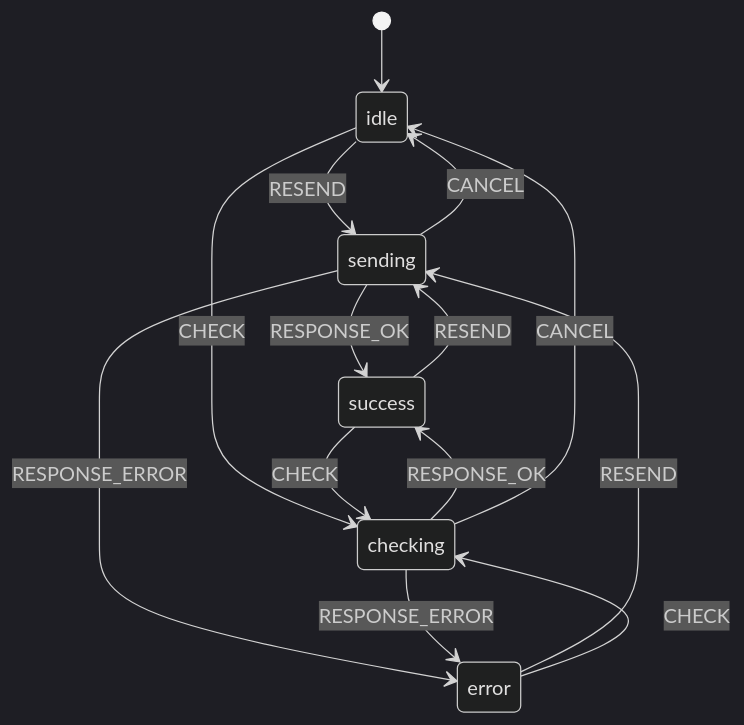
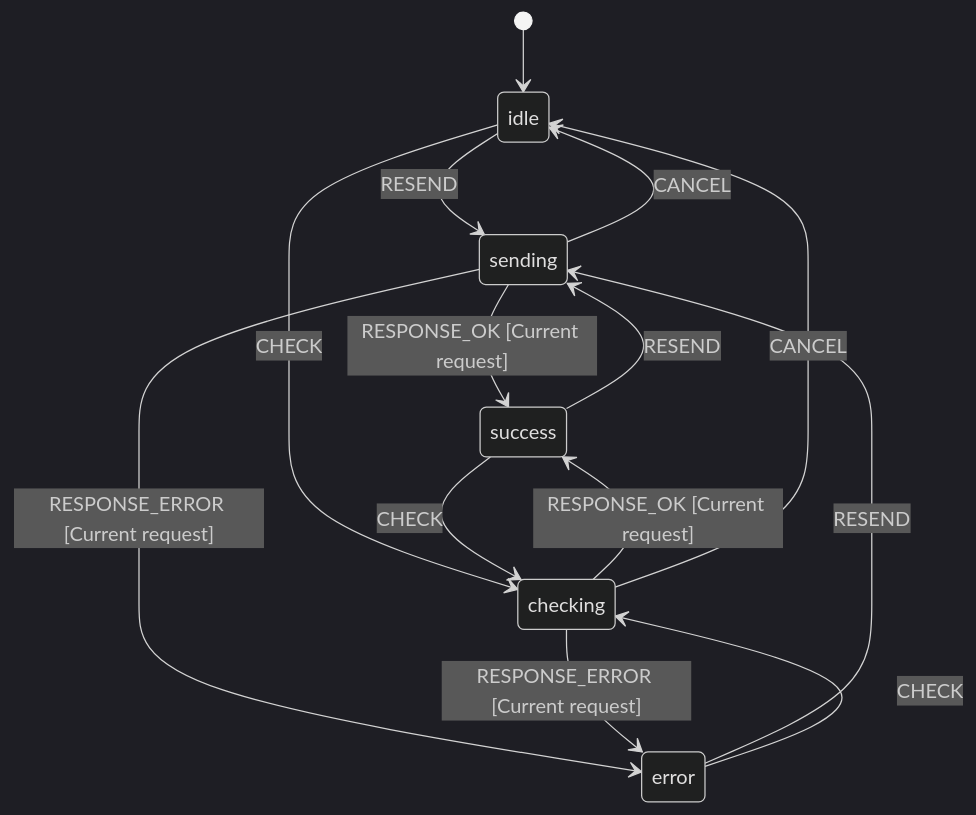
Diagram 39 of 52 in docs/contributing/state-machines.md (kody-hq/kody), drawn with Mermaid (dark theme) before and after one commit. The commit also changed other lines of this file and 107 other files, not shown here.

````diff
--- a/docs/contributing/state-machines.md
+++ b/docs/contributing/state-machines.md
@@ -1350,16 +1350,16 @@
 ```mermaid
 stateDiagram-v2
     [*] --> idle
     idle --> sending: RESEND
     idle --> checking: CHECK
-    sending --> success: RESPONSE_OK
-    sending --> error: RESPONSE_ERROR
+    sending --> success: RESPONSE_OK [Current request]
+    sending --> error: RESPONSE_ERROR [Current request]
     sending --> idle: CANCEL
-    checking --> success: RESPONSE_OK
-    checking --> error: RESPONSE_ERROR
+    checking --> success: RESPONSE_OK [Current request]
+    checking --> error: RESPONSE_ERROR [Current request]
     checking --> idle: CANCEL
     success --> sending: RESEND
     success --> checking: CHECK
     error --> sending: RESEND
     error --> checking: CHECK
 ```
````
